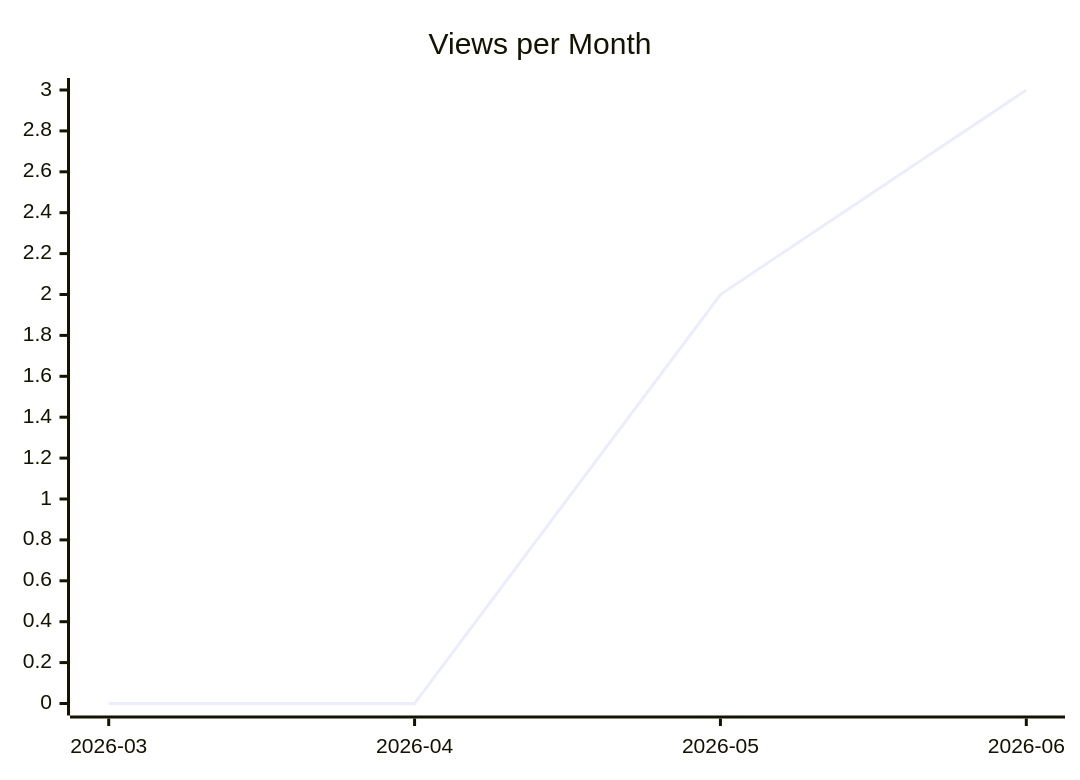
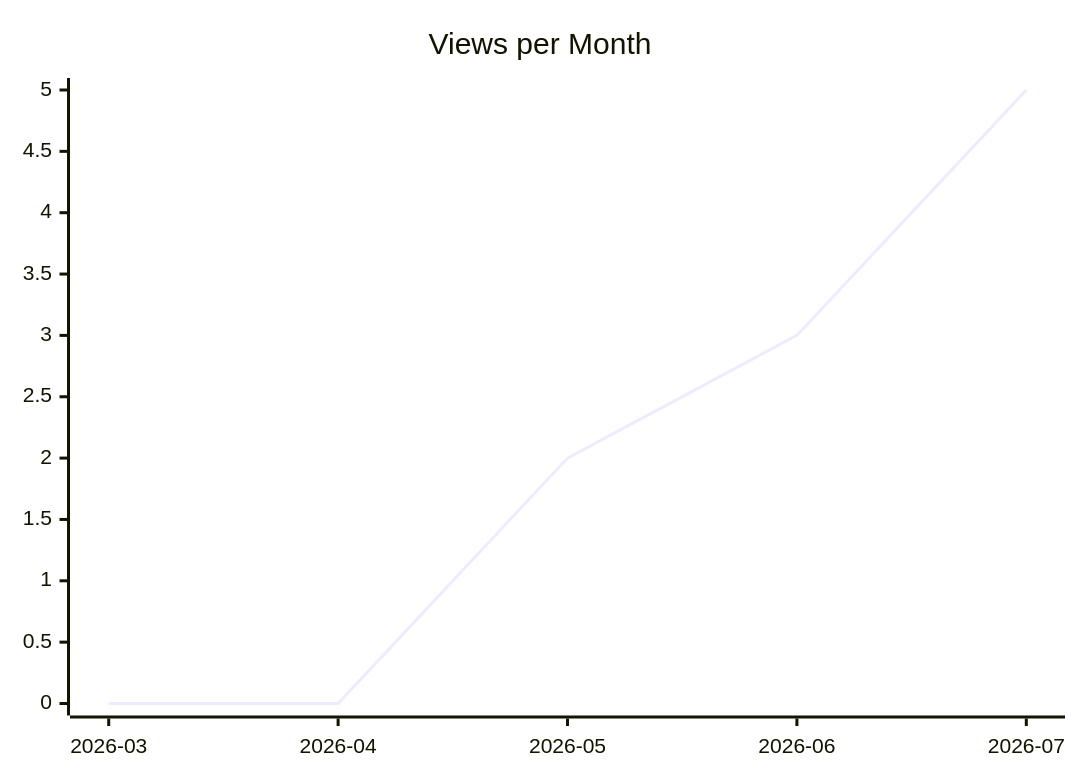
Before and after one commit to justdavis-family/github-analytics-data: the second of 3 diagrams in karlmdavis/justdavis-karl/README.md, drawn with Mermaid. The commit also changed other lines of this file and 199 other files, not shown here.

````diff
--- a/karlmdavis/justdavis-karl/README.md
+++ b/karlmdavis/justdavis-karl/README.md
@@ -12,6 +12,6 @@
 ```mermaid
 xychart-beta
   title "Views per Month"
-  x-axis ["2026-03", "2026-04", "2026-05", "2026-06"]
-  line [0, 0, 2, 3]
+  x-axis ["2026-03", "2026-04", "2026-05", "2026-06", "2026-07"]
+  line [0, 0, 2, 3, 5]
 ```
````
